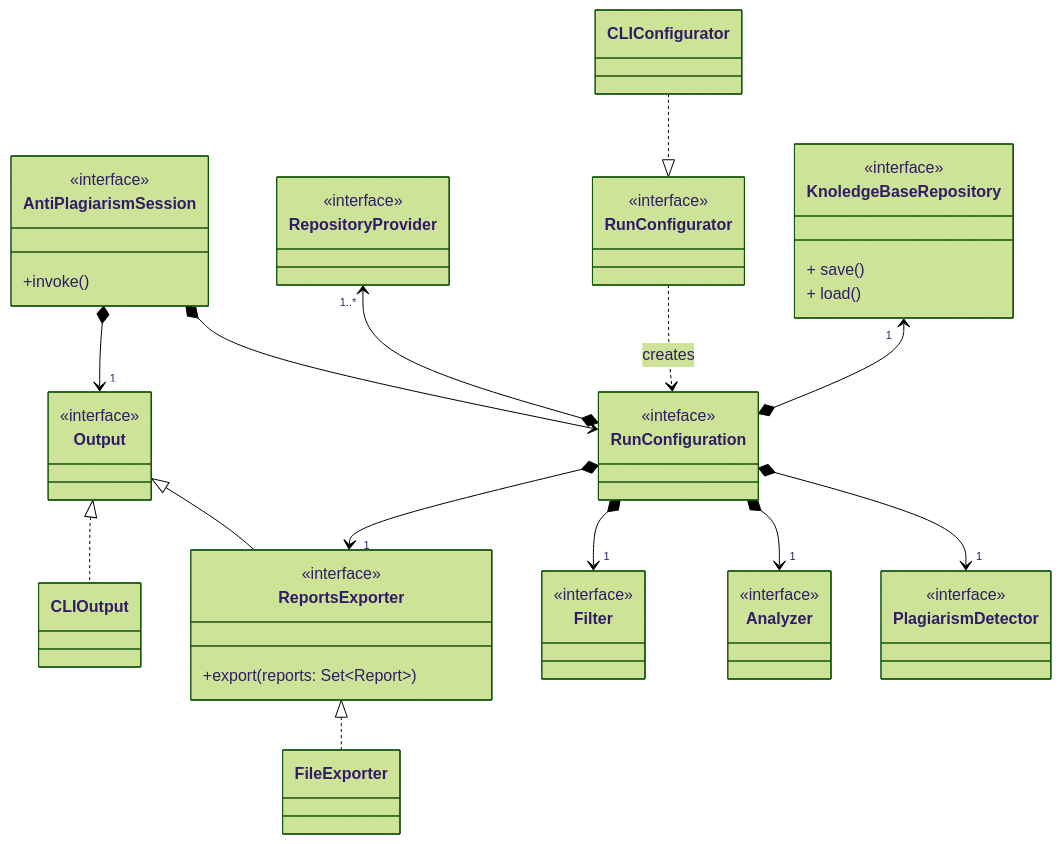
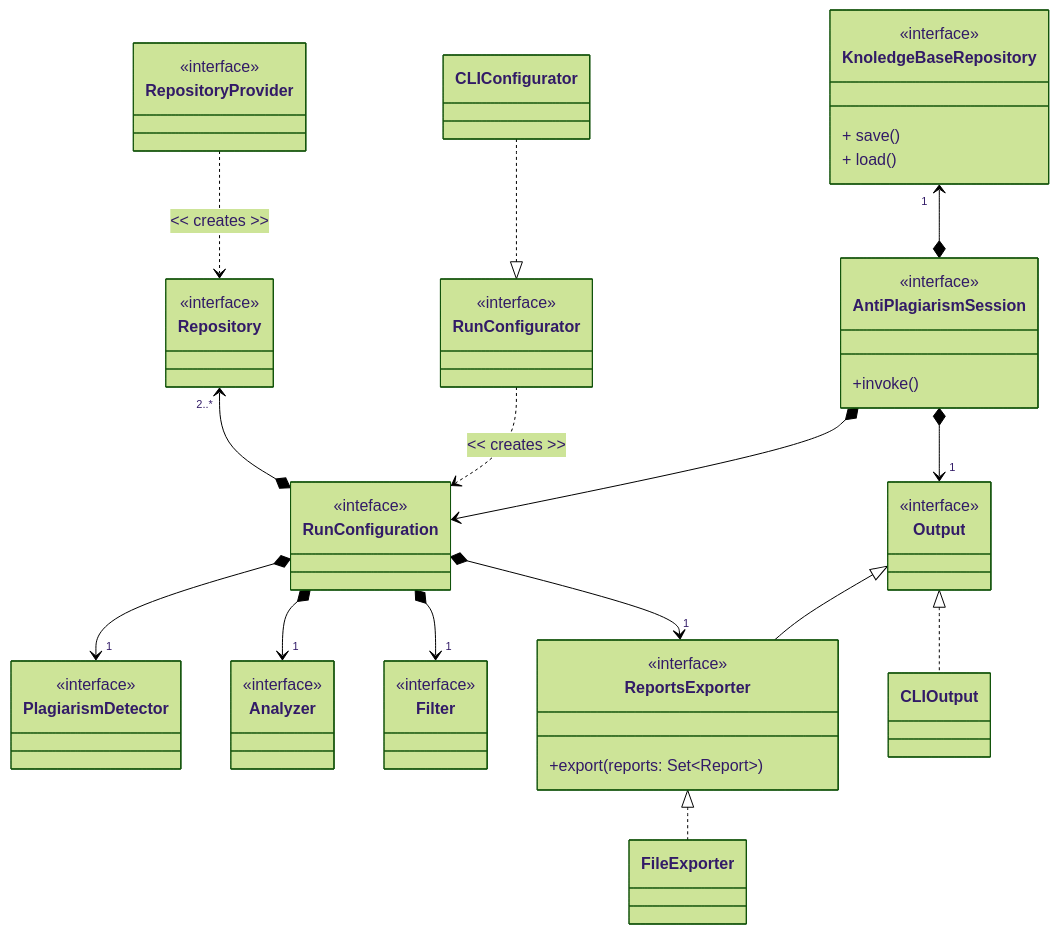
The diagram in resources/schemas/02-architecture.mmd (tassiLuca/bachelor-thesis), drawn with Mermaid (forest theme) before and after one commit. The commit also changed 6 other files, not shown here.

Commit message:
ended architecture

```diff
--- a/resources/schemas/02-architecture.mmd
+++ b/resources/schemas/02-architecture.mmd
@@ -1,57 +1,61 @@
 classDiagram
 direction TB
     class AntiPlagiarismSession {
         <<interface>>
         +invoke()
     }
-
-    class RepositoryProvider {
-        <<interface>>
-    }
-    RepositoryProvider "1..*" <--* RunConfiguration
+    AntiPlagiarismSession *--> RunConfiguration
 
     class RunConfigurator {
         <<interface>>
     }
     CLIConfigurator ..|> RunConfigurator
 
     class RunConfiguration {
         <<inteface>>
     }
-    RunConfigurator ..> RunConfiguration: creates
-    AntiPlagiarismSession *--> RunConfiguration
+    RunConfigurator ..> RunConfiguration: << creates >>
+
+    class RepositoryProvider {
+        <<interface>>
+    }
+    class Repository {
+        <<interface>>
+    }
+    Repository "2..*" <--* RunConfiguration
+    RepositoryProvider ..> Repository: << creates >>
 
     class PlagiarismDetector {
         <<interface>>
     }
     RunConfiguration *--> "1" PlagiarismDetector
 
     class Analyzer {
         <<interface>>
     }
     RunConfiguration *--> "1" Analyzer
 
     class Filter {
         <<interface>>
     }
     RunConfiguration *--> "1" Filter
 
     class KnoledgeBaseRepository {
         <<interface>>
         + save()
         + load()
     }
-    KnoledgeBaseRepository "1" <--* RunConfiguration
+    KnoledgeBaseRepository "1" <--* AntiPlagiarismSession
 
     class Output {
         <<interface>>
     }
     class ReportsExporter {
         <<interface>>
         +export(reports: Set~Report~)
     }
     Output <|-- ReportsExporter
     ReportsExporter <|.. FileExporter
     RunConfiguration *--> "1" ReportsExporter
     Output <|.. CLIOutput
     AntiPlagiarismSession *--> "1" Output
```
